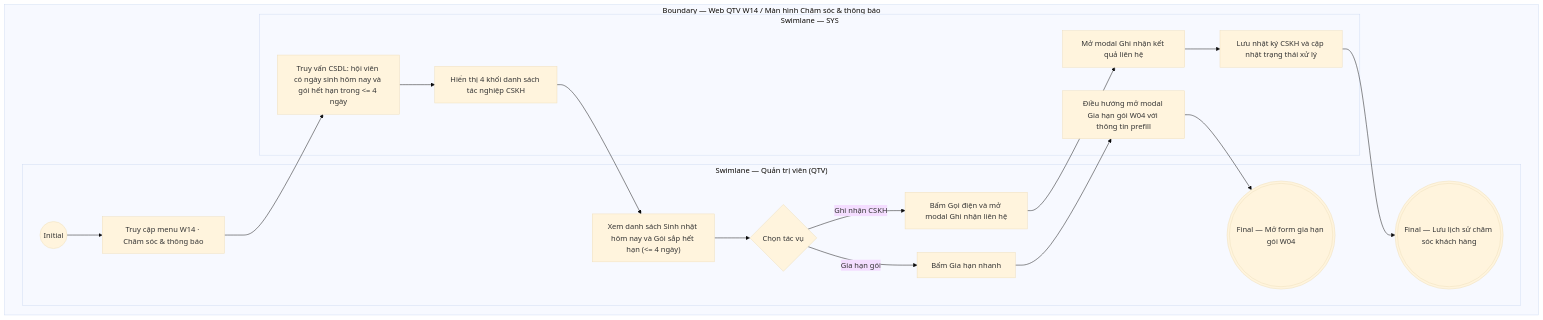
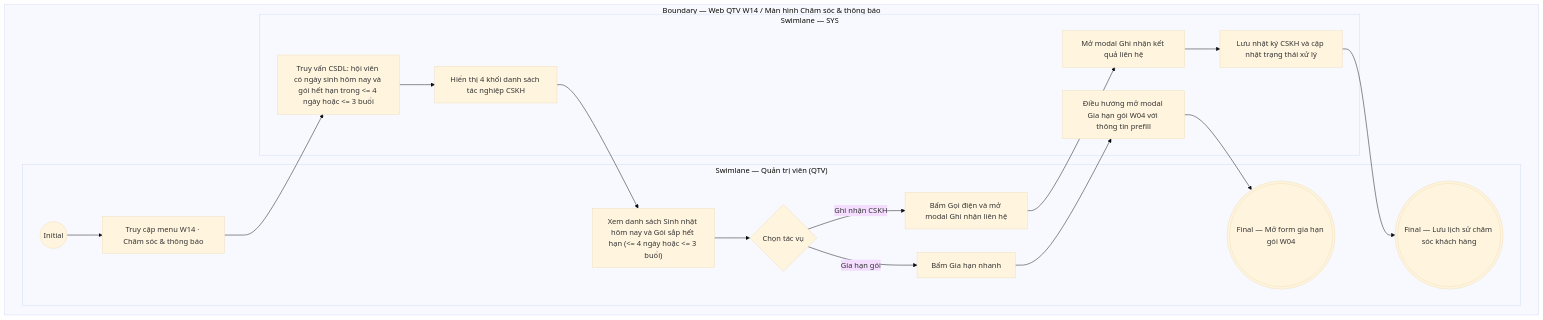
Before and after one commit to ThachY-23120411/Paradise-Gym-v2: the diagram in docs/user-stories/qtv/QTV-W14-Chăm sóc & thông báo/QTV-W14-US01-Quản lý tác nghiệp Chăm sóc khách hàng.md, drawn with Mermaid (base theme). The commit also changed other lines of this file and 2325 other files, not shown here.

````diff
--- a/docs/user-stories/qtv/QTV-W14-Chăm sóc & thông báo/QTV-W14-US01-Quản lý tác nghiệp Chăm sóc khách hàng.md
+++ b/docs/user-stories/qtv/QTV-W14-Chăm sóc & thông báo/QTV-W14-US01-Quản lý tác nghiệp Chăm sóc khách hàng.md
@@ -52,27 +61,27 @@
 ```mermaid
 flowchart TB
   subgraph B["Boundary — Web QTV W14 / Màn hình Chăm sóc & thông báo"]
     subgraph L0["Swimlane — Quản trị viên (QTV)"]
       I01(("Initial"))
       A01["Truy cập menu W14 · Chăm sóc & thông báo"]
-      A02["Xem danh sách Sinh nhật hôm nay và Gói sắp hết hạn (<= 4 ngày)"]
+      A02["Xem danh sách Sinh nhật hôm nay và Gói sắp hết hạn (<= 4 ngày hoặc <= 3 buổi)"]
       A03{"Chọn tác vụ"}
       A04["Bấm Gọi điện và mở modal Ghi nhận liên hệ"]
       A05["Bấm Gia hạn nhanh"]
       F01((("Final — Lưu lịch sử chăm sóc khách hàng")))
       F02((("Final — Mở form gia hạn gói W04")))
     end
 
     subgraph L1["Swimlane — SYS"]
-      S01["Truy vấn CSDL: hội viên có ngày sinh hôm nay và gói hết hạn trong <= 4 ngày"]
+      S01["Truy vấn CSDL: hội viên có ngày sinh hôm nay và gói hết hạn trong <= 4 ngày hoặc <= 3 buổi"]
       S02["Hiển thị 4 khối danh sách tác nghiệp CSKH"]
       S03["Mở modal Ghi nhận kết quả liên hệ"]
       S04["Lưu nhật ký CSKH và cập nhật trạng thái xử lý"]
       S05["Điều hướng mở modal Gia hạn gói W04 với thông tin prefill"]
 
       I01 --> A01 --> S01 --> S02 --> A02 --> A03
       A03 -->|Ghi nhận CSKH| A04 --> S03 --> S04 --> F01
       A03 -->|Gia hạn gói| A05 --> S05 --> F02
     end
   end
 ```
````
